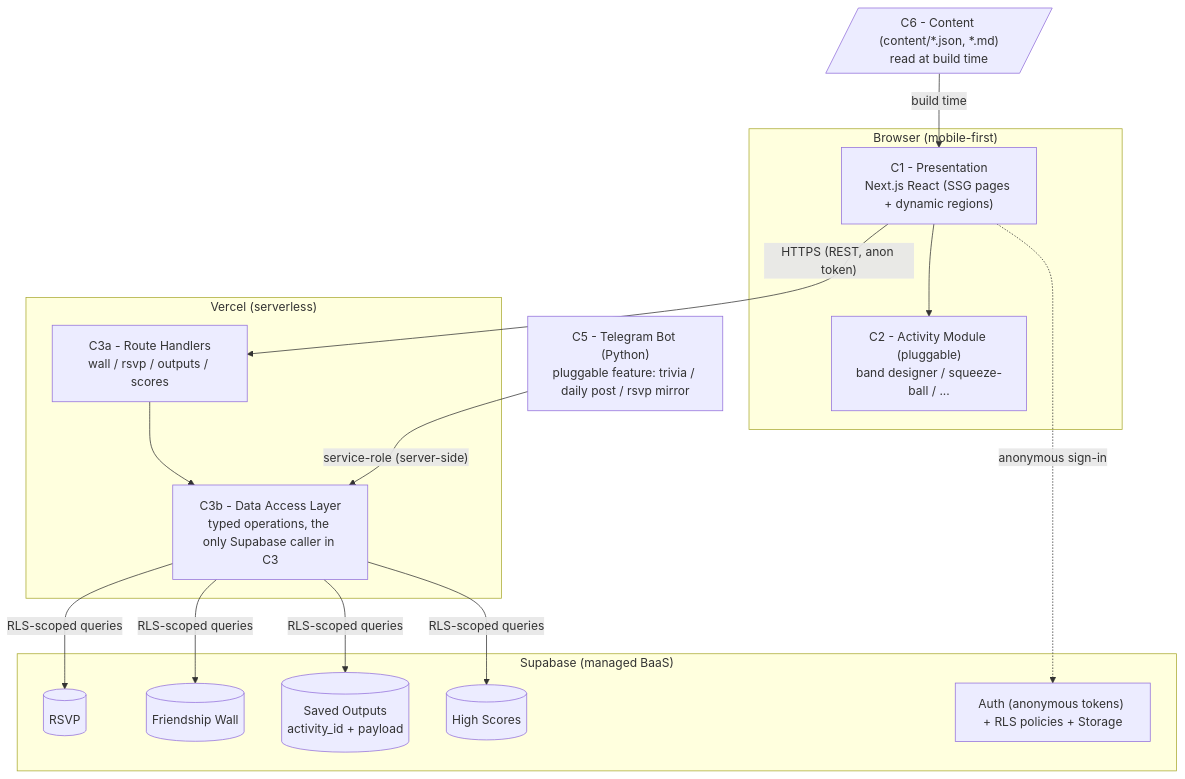
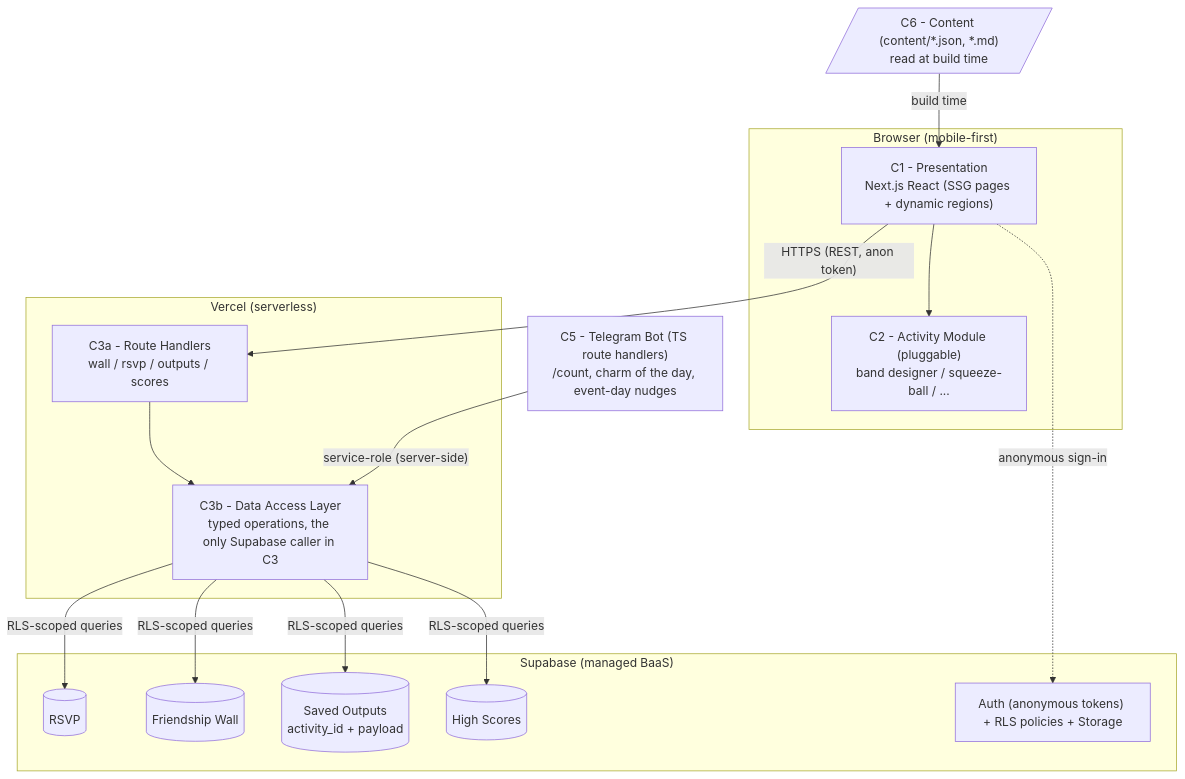
The first of 2 diagrams in docs/03-logical-components.md (PyaesoneP/enroot-g5), drawn with Mermaid before and after one commit. The commit also changed other lines of this file and 113 other files, not shown here.

First line of the commit message:
Telegram bot: /count webhook, charm of the day + event-day cron posts (#19)

````diff
--- a/docs/03-logical-components.md
+++ b/docs/03-logical-components.md
@@ -25,32 +25,32 @@
 ```mermaid
 flowchart TB
   subgraph Client ["Browser (mobile-first)"]
     C1["C1 - Presentation<br/>Next.js React (SSG pages + dynamic regions)"]
     C2["C2 - Activity Module (pluggable)<br/>band designer / squeeze-ball / ..."]
   end
 
   subgraph Vercel ["Vercel (serverless)"]
     C3A["C3a - Route Handlers<br/>wall / rsvp / outputs / scores"]
     C3B["C3b - Data Access Layer<br/>typed operations, the only Supabase caller in C3"]
   end
 
   subgraph Supabase ["Supabase (managed BaaS)"]
     C4A[("RSVP")]
     C4B[("Friendship Wall")]
     C4C[("Saved Outputs<br/>activity_id + payload")]
     C4D[("High Scores")]
     C4E["Auth (anonymous tokens) + RLS policies + Storage"]
   end
 
-  C5["C5 - Telegram Bot (Python)<br/>pluggable feature: trivia / daily post / rsvp mirror"]
+  C5["C5 - Telegram Bot (TS route handlers)<br/>/count, charm of the day, event-day nudges"]
 
   C6[/"C6 - Content (content/*.json, *.md)<br/>read at build time"/]
 
   C1 --> C2
   C1 -- "HTTPS (REST, anon token)" --> C3A
   C3A --> C3B
   C3B -- "RLS-scoped queries" --> C4A & C4B & C4C & C4D
   C1 -. "anonymous sign-in" .-> C4E
   C5 -- "service-role (server-side)" --> C3B
   C6 -- "build time" --> C1
 ```
````
